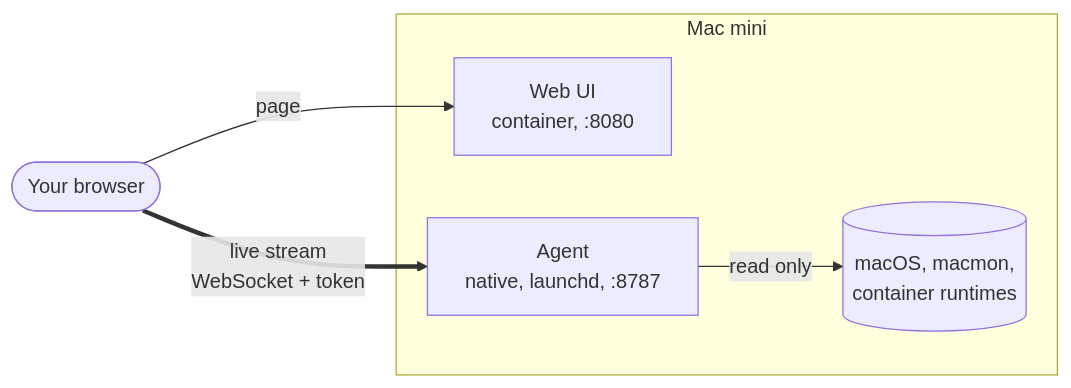
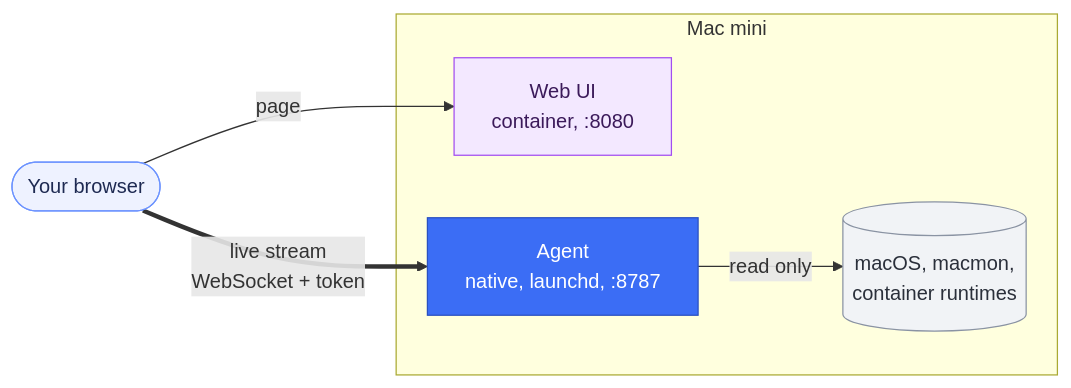
Before and after one commit to devdaviddr/minidash: the diagram in README.md, drawn with Mermaid. The commit also changed other lines of this file and 1 other file, not shown here.

````diff
--- a/README.md
+++ b/README.md
@@ -28,12 +54,17 @@
 ```mermaid
 flowchart LR
-  you(["Your browser"])
+  you(["Your browser"]):::client
   subgraph mini["Mac mini"]
-    web["Web UI<br/>container, :8080"]
-    agent["Agent<br/>native, launchd, :8787"]
-    host[("macOS, macmon,<br/>container runtimes")]
+    web["Web UI<br/>container, :8080"]:::web
+    agent["Agent<br/>native, launchd, :8787"]:::agent
+    host[("macOS, macmon,<br/>container runtimes")]:::host
   end
   you -- "page" --> web
   you == "live stream<br/>WebSocket + token" ==> agent
   agent -- "read only" --> host
+
+  classDef client fill:#eef2ff,stroke:#6c93ff,color:#1e2a52
+  classDef web fill:#f3e8ff,stroke:#a24df0,color:#3b1a5a
+  classDef agent fill:#3b6df5,stroke:#2a50c0,color:#ffffff
+  classDef host fill:#f1f3f6,stroke:#8a93a3,color:#2a2f3a
 ```
````
